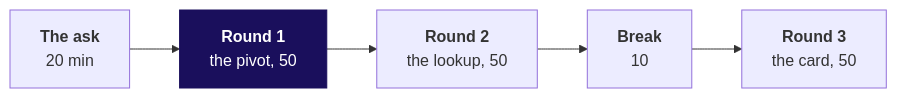
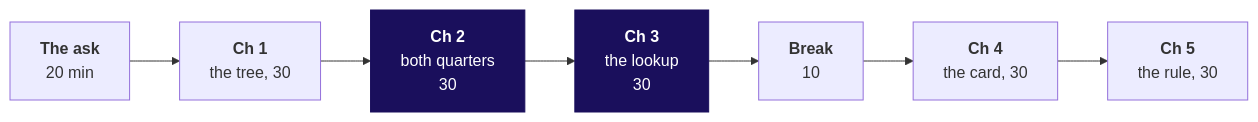
Before and after one commit to fde-academy-lab/c2-content-factory: the first of 2 diagrams in content/W02/D5/trainer/C2_W02_D05_day_sheet_TRAINER.md, drawn with Mermaid. The commit also changed other lines of this file, not shown here.

First line of the commit message:
W02 D5 day sheet on the six chapters: the question ladder, both blocks by slide, every trap, plant and number

````diff
--- a/content/W02/D5/trainer/C2_W02_D05_day_sheet_TRAINER.md
+++ b/content/W02/D5/trainer/C2_W02_D05_day_sheet_TRAINER.md
@@ -23,6 +59,6 @@
 ```mermaid
 flowchart LR
-    A["<b>The ask</b><br/>20 min"] --> R1["<b>Round 1</b><br/>the pivot, 50"] --> R2["<b>Round 2</b><br/>the lookup, 50"] --> B["<b>Break</b><br/>10"] --> R3["<b>Round 3</b><br/>the card, 50"]
+    A["<b>The ask</b><br/>20 min"] --> C1["<b>Ch 1</b><br/>the tree, 30"] --> C2["<b>Ch 2</b><br/>both quarters<br/>30"] --> C3["<b>Ch 3</b><br/>the lookup<br/>30"] --> B["<b>Break</b><br/>10"] --> C4["<b>Ch 4</b><br/>the card, 30"] --> C5["<b>Ch 5</b><br/>the rule, 30"]
     classDef core fill:#1A0F5C,stroke:#1A0F5C,color:#FFFFFF
-    class R1 core
+    class C2,C3 core
 ```
````
